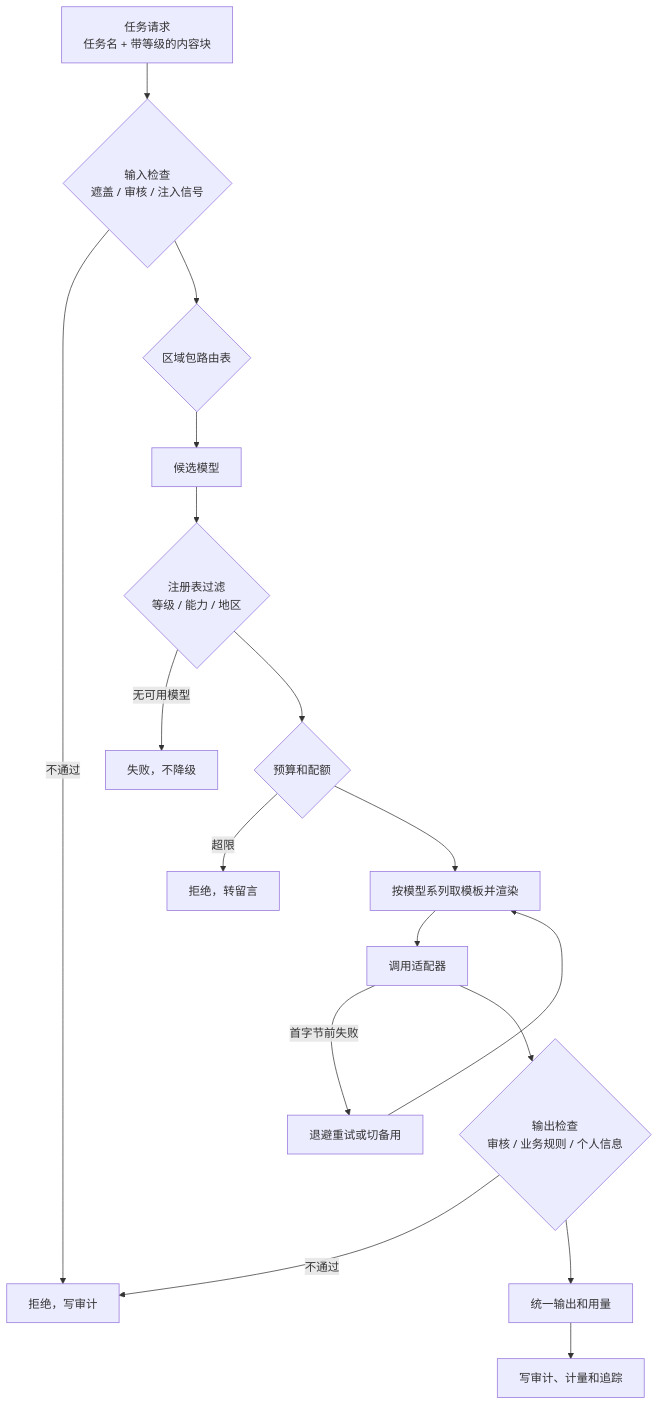
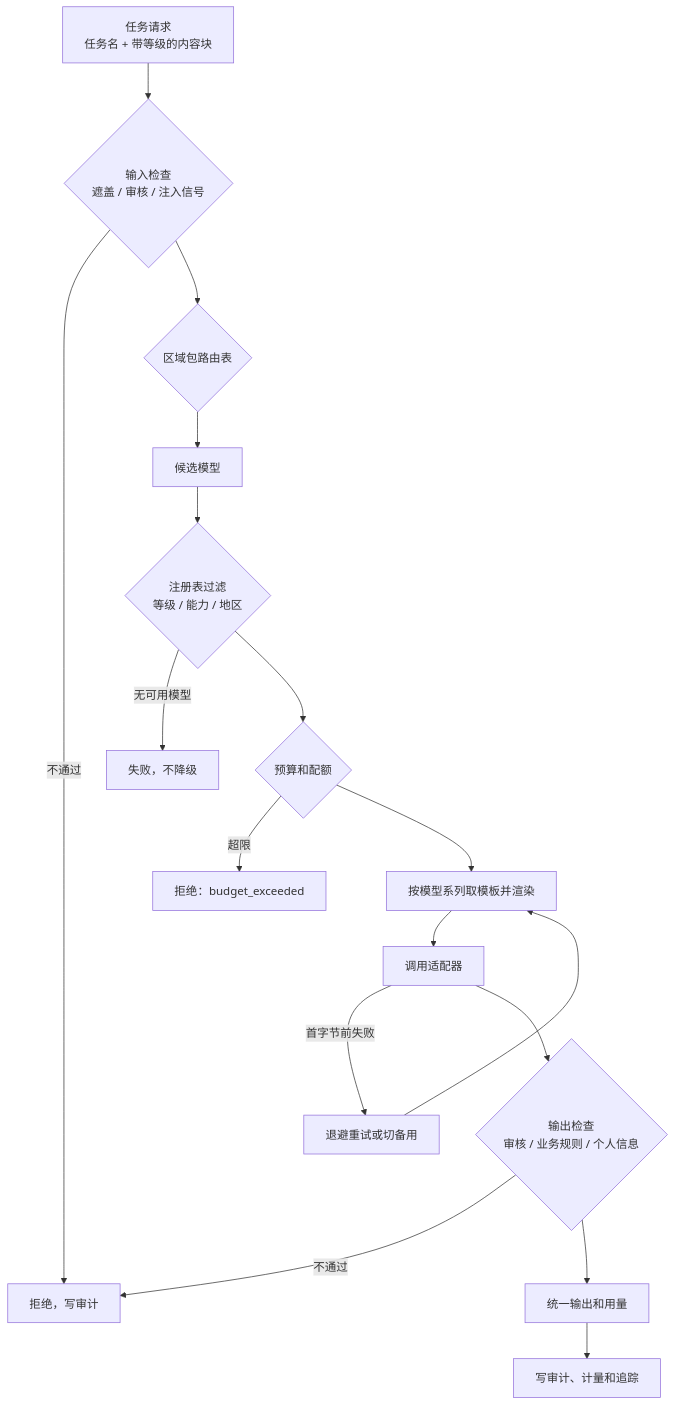
Before and after one commit to brix-kit-dev/intergent: the sixth of 9 diagrams in docs/ai-engine-architecture-blueprint.md, drawn with Mermaid. The commit also changed other lines of this file, not shown here.

````diff
--- a/docs/ai-engine-architecture-blueprint.md
+++ b/docs/ai-engine-architecture-blueprint.md
@@ -690,19 +727,19 @@
 ```mermaid
 flowchart TD
     A["任务请求<br/>任务名 + 带等级的内容块"] --> K{"输入检查<br/>遮盖 / 审核 / 注入信号"}
     K -->|"不通过"| W["拒绝，写审计"]
     K --> B{"区域包路由表"}
     B --> C["候选模型"]
     C --> D{"注册表过滤<br/>等级 / 能力 / 地区"}
     D -->|"无可用模型"| X["失败，不降级"]
     D --> E{"预算和配额"}
-    E -->|"超限"| Y["拒绝，转留言"]
+    E -->|"超限"| Y["拒绝：budget_exceeded"]
     E --> F["按模型系列取模板并渲染"]
     F --> G["调用适配器"]
     G -->|"首字节前失败"| H["退避重试或切备用"]
     H --> F
     G --> L{"输出检查<br/>审核 / 业务规则 / 个人信息"}
     L -->|"不通过"| W
     L --> I["统一输出和用量"]
     I --> J["写审计、计量和追踪"]
 ```
````
